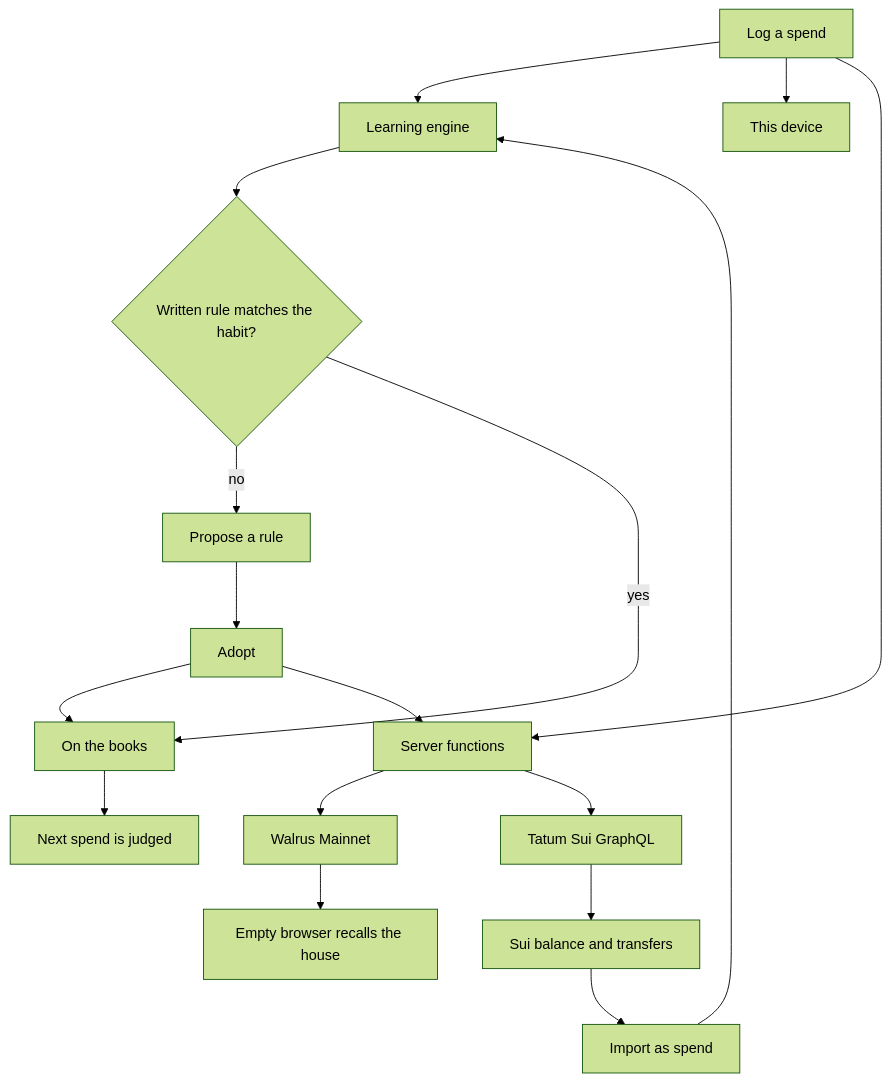
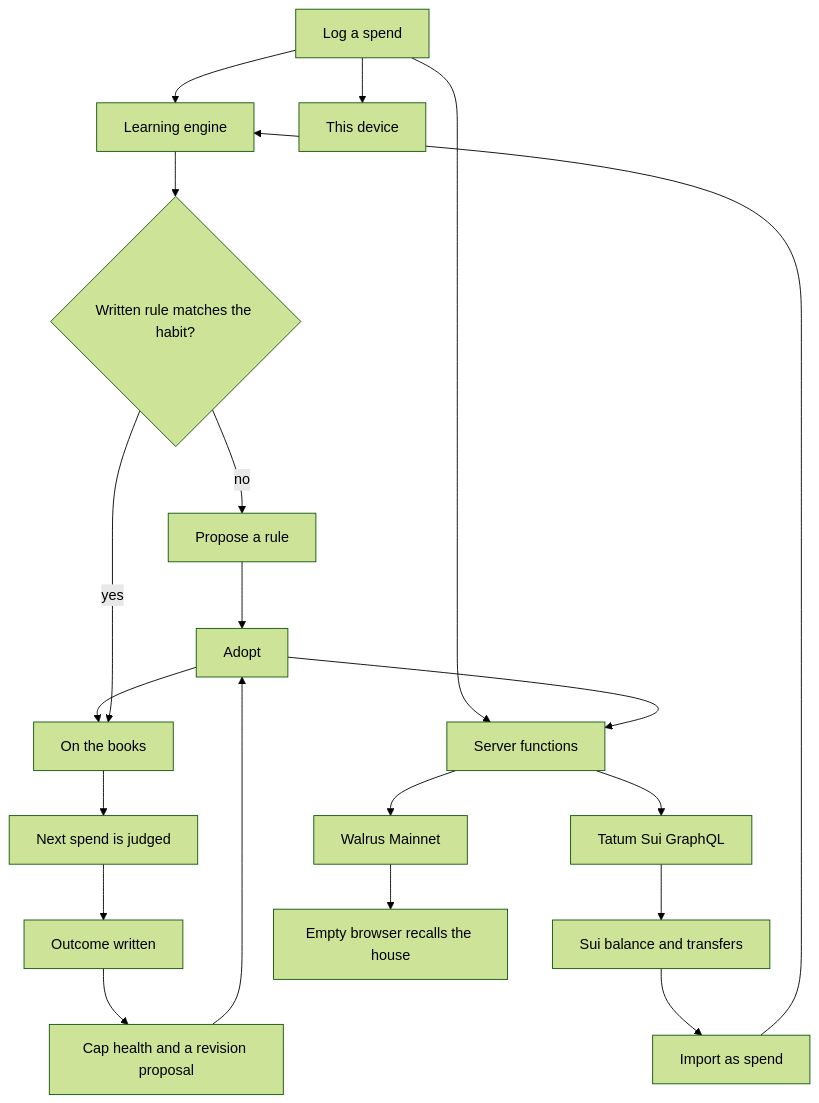
One commit to thesithunyein/rulesync changed the diagram in README.md. Above: the diagram before and after it, drawn with Mermaid (forest theme). The commit also changed other lines of this file and 6 other files, not shown here.

````diff
--- a/README.md
+++ b/README.md
@@ -33,19 +33,22 @@
 ```mermaid
 flowchart TD
   spend["Log a spend"] --> engine["Learning engine"]
   engine --> gap{"Written rule matches the habit?"}
   gap -->|no| propose["Propose a rule"]
   propose --> adopt["Adopt"]
   adopt --> books["On the books"]
   gap -->|yes| books
   books --> next["Next spend is judged"]
+  next --> outcome["Outcome written"]
+  outcome --> health["Cap health and a revision proposal"]
+  health --> adopt
   spend --> device["This device"]
   spend --> server["Server functions"]
   adopt --> server
   server --> walrus["Walrus Mainnet"]
   server --> tatum["Tatum Sui GraphQL"]
   tatum --> sui["Sui balance and transfers"]
   sui --> import["Import as spend"]
   import --> engine
   walrus --> fresh["Empty browser recalls the house"]
 ```
````
